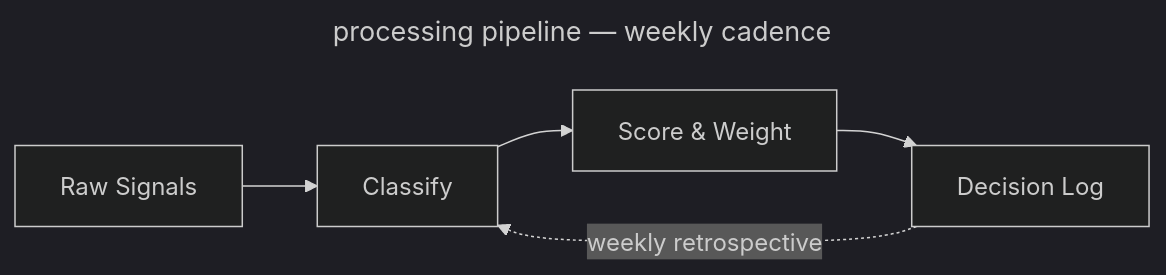
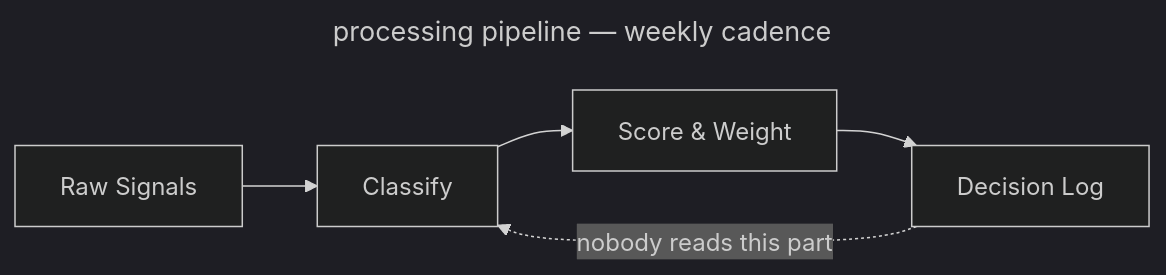
The diagram in examples/gallery-jargon.md (SlideWright/lattice), drawn with Mermaid (dark theme) before and after one commit. The commit also changed other lines of this file and 1 other file, not shown here.

````diff
--- a/examples/gallery-jargon.md
+++ b/examples/gallery-jargon.md
@@ -62,10 +110,10 @@
 ```mermaid
 ---
 title: processing pipeline — weekly cadence
 ---
 flowchart LR
   A["Raw Signals"] --> B["Classify"]
   B --> C["Score & Weight"]
   C --> D["Decision Log"]
-  D -.->|"weekly retrospective"| B
+  D -.->|"nobody reads this part"| B
 ```
````
